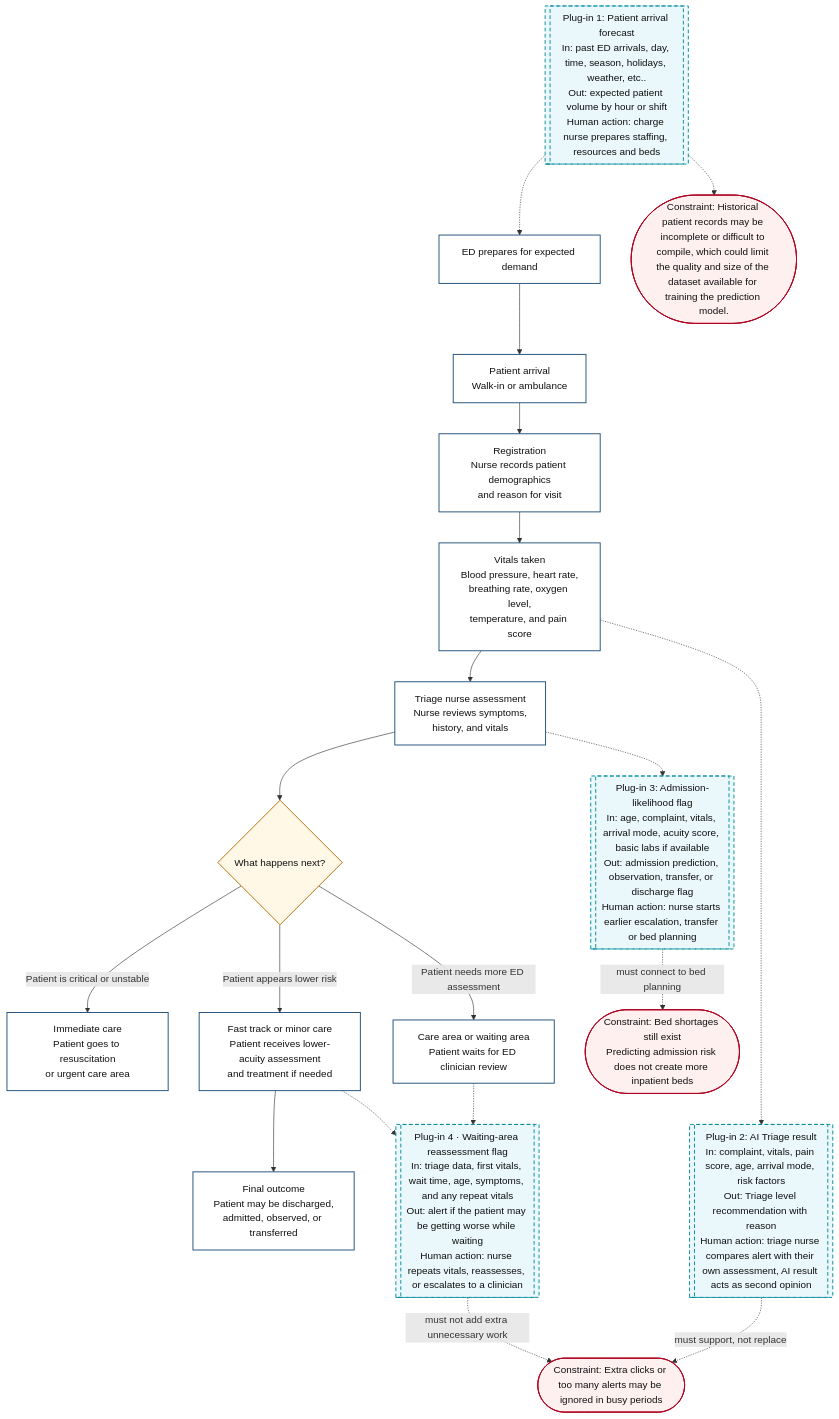
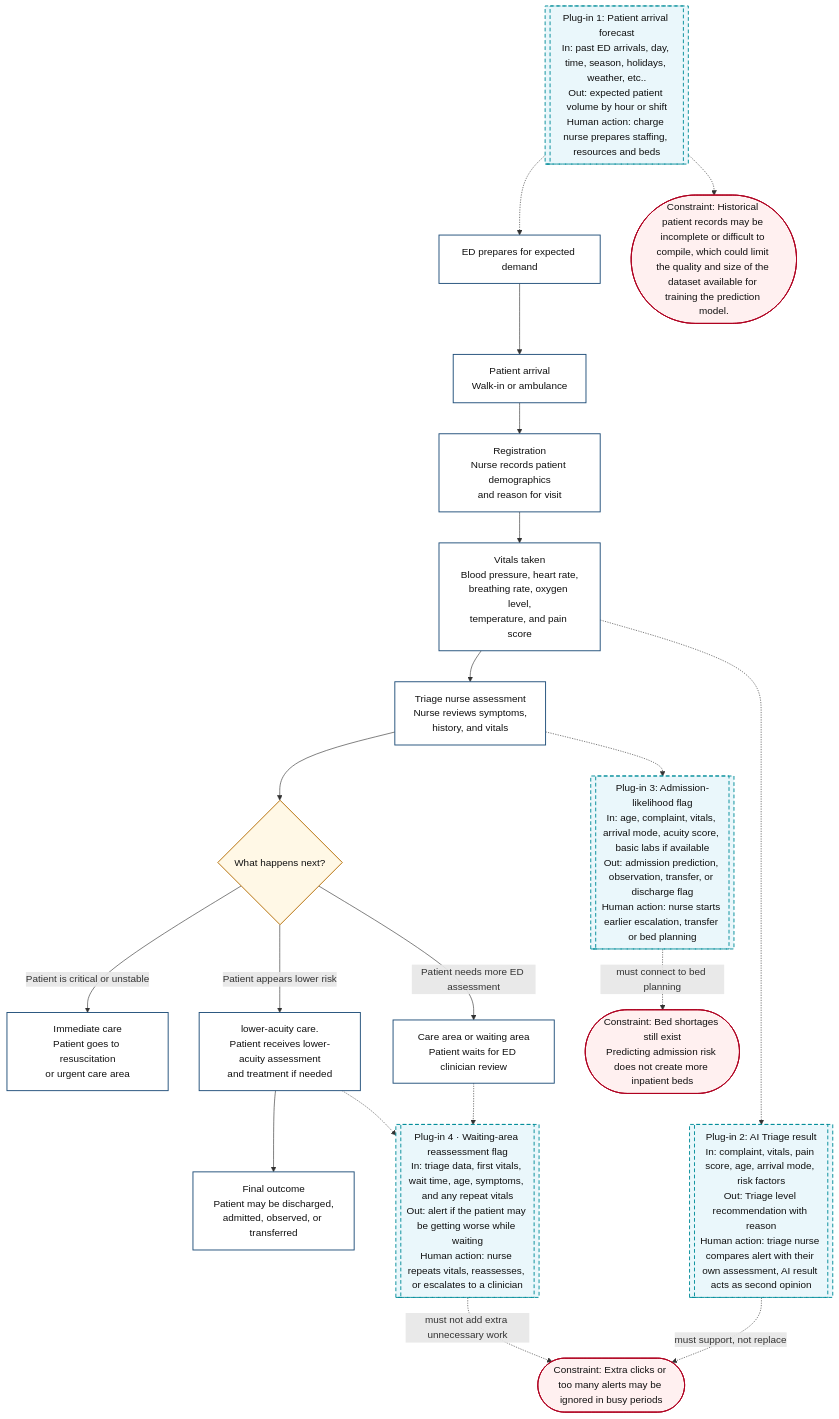
One commit to tinadams/carisurg-portfolio changed the diagram in docs/week_3_workflow_diagram.md. Above: the diagram before and after it, drawn with Mermaid.

Commit message:
Refine wording for lower-risk patient pathway

````diff
--- a/docs/week_3_workflow_diagram.md
+++ b/docs/week_3_workflow_diagram.md
@@ -1,57 +1,57 @@
 ```mermaid
 flowchart TD
 
 A[Patient arrival<br/>Walk-in or ambulance] --> B[Registration<br/>Nurse records patient demographics<br/>and reason for visit]
 
 B --> C[Vitals taken<br/>Blood pressure, heart rate,<br/>breathing rate, oxygen level,<br/>temperature, and pain score]
 
 C --> D[Triage nurse assessment<br/>Nurse reviews symptoms,<br/>history, and vitals]
 
 D --> E{What happens next?}
 
 E -->|Patient is critical or unstable| F[Immediate care<br/>Patient goes to resuscitation<br/>or urgent care area]
 
 E -->|Patient needs more ED assessment| G[Care area or waiting area<br/>Patient waits for ED clinician review]
 
-E -->|Patient appears lower risk| H[Fast track or minor care<br/>Patient receives lower-acuity assessment<br/>and treatment if needed]
+E -->|Patient appears lower risk| H[lower-acuity care.<br/>Patient receives lower-acuity assessment<br/>and treatment if needed]
 
 H --> I[Final outcome<br/>Patient may be discharged,<br/>admitted, observed, or transferred]
 
 AI1[[Plug-in 1: Patient arrival forecast<br/>In: past ED arrivals, day, time, season, holidays, weather, etc..<br/>Out: expected patient volume by hour or shift<br/>Human action: charge nurse prepares staffing, resources and beds]]
 
 AI2[[Plug-in 2: AI Triage result<br/>In: complaint, vitals, pain score, age, arrival mode, risk factors<br/>Out: Triage level recommendation with reason<br/>Human action: triage nurse compares alert with their own assessment, AI result acts as second opinion]]
 
 AI3[[Plug-in 3: Admission-likelihood flag<br/>In: age, complaint, vitals, arrival mode, acuity score, basic labs if available<br/>Out: admission prediction, observation, transfer, or discharge flag<br/>Human action: nurse starts earlier escalation, transfer or bed planning]]
 
 AI4[[Plug-in 4 · Waiting-area reassessment flag<br/>In: triage data, first vitals, wait time, age, symptoms, and any repeat vitals<br/>Out: alert if the patient may be getting worse while waiting<br/>Human action: nurse repeats vitals, reassesses, or escalates to a clinician]]
 
 PRE[ED prepares for expected demand]
 
 AI1 -.-> PRE
 PRE --> A
 D -.-> AI3
 C -.-> AI2
 G -.-> AI4
 H -.-> AI4
 
 C1([Constraint: Historical patient records may be incomplete or difficult to compile, which could limit the quality and size of the dataset available for training the prediction model.])
 
 C2([Constraint: Extra clicks or too many alerts may be ignored in busy periods])
 
 C3([Constraint: Bed shortages still exist<br/>Predicting admission risk does not create more inpatient beds])
 
 AI1 -.-> C1
 AI2 -. must support, not replace .-> C2
 AI3 -. must connect to bed planning .-> C3
 AI4 -. must not add extra unnecessary work .-> C2
 
 classDef process fill:#ffffff,stroke:#1f4e79,stroke-width:1.5px,color:#111;
 classDef decision fill:#fff8e6,stroke:#b36b00,stroke-width:1.5px,color:#111;
 classDef ai fill:#eaf7fb,stroke:#008c99,stroke-width:1.5px,stroke-dasharray: 6 4,color:#111;
 classDef constraint fill:#fff0f0,stroke:#b00020,stroke-width:1.5px,color:#111;
 
 class A,B,C,D,F,G,H,I,PRE process;
 class E decision;
 class AI1,AI2,AI3,AI4 ai;
 class C1,C2,C3 constraint;
 ```
````
